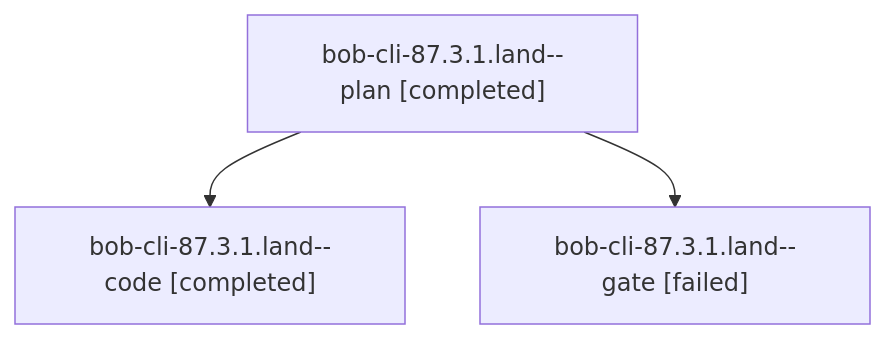
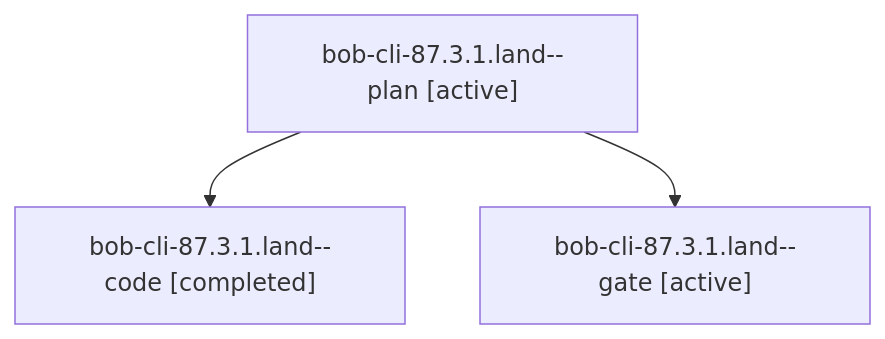
Before and after one commit to bobs-org/bob-cli--agents: the diagram in sessions/bbugyi200.athena.bob-cli-87.3.1.land.md, drawn with Mermaid. The commit also changed other lines of this file and 481 other files, not shown here.

````diff
--- a/sessions/bbugyi200.athena.bob-cli-87.3.1.land.md
+++ b/sessions/bbugyi200.athena.bob-cli-87.3.1.land.md
@@ -9,8 +9,8 @@
 ```mermaid
 flowchart TD
-  n0["bob-cli-87.3.1.land--plan [completed]"]
+  n0["bob-cli-87.3.1.land--plan [active]"]
   n1["bob-cli-87.3.1.land--code [completed]"]
   n0 --> n1
-  n2["bob-cli-87.3.1.land--gate [failed]"]
+  n2["bob-cli-87.3.1.land--gate [active]"]
   n0 --> n2
 ```
````
